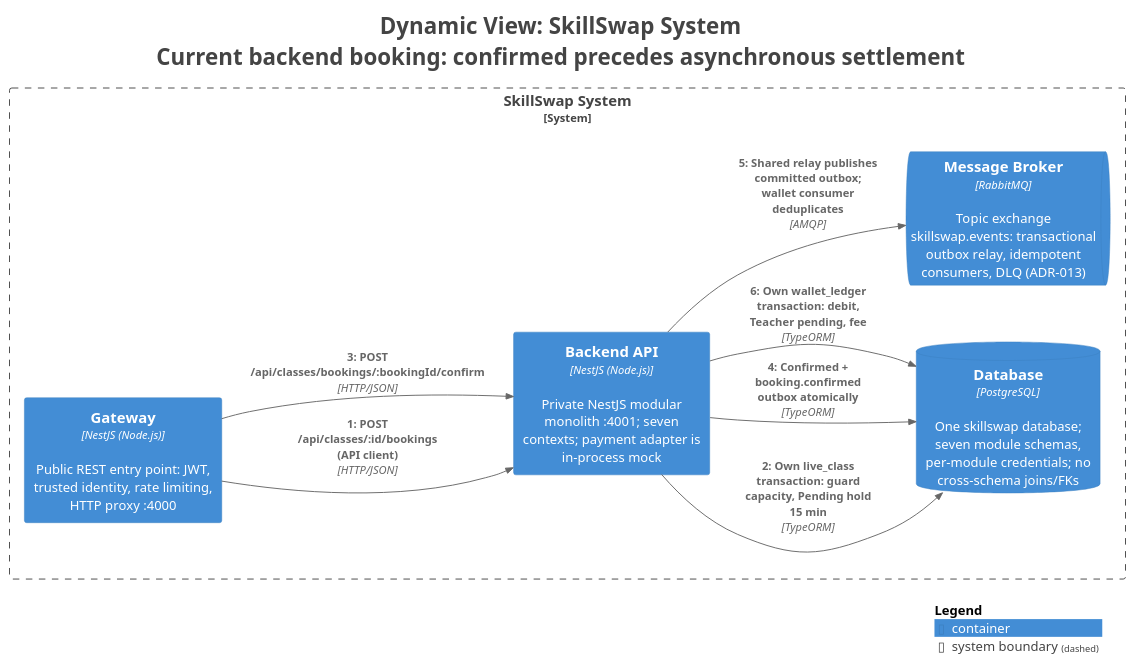
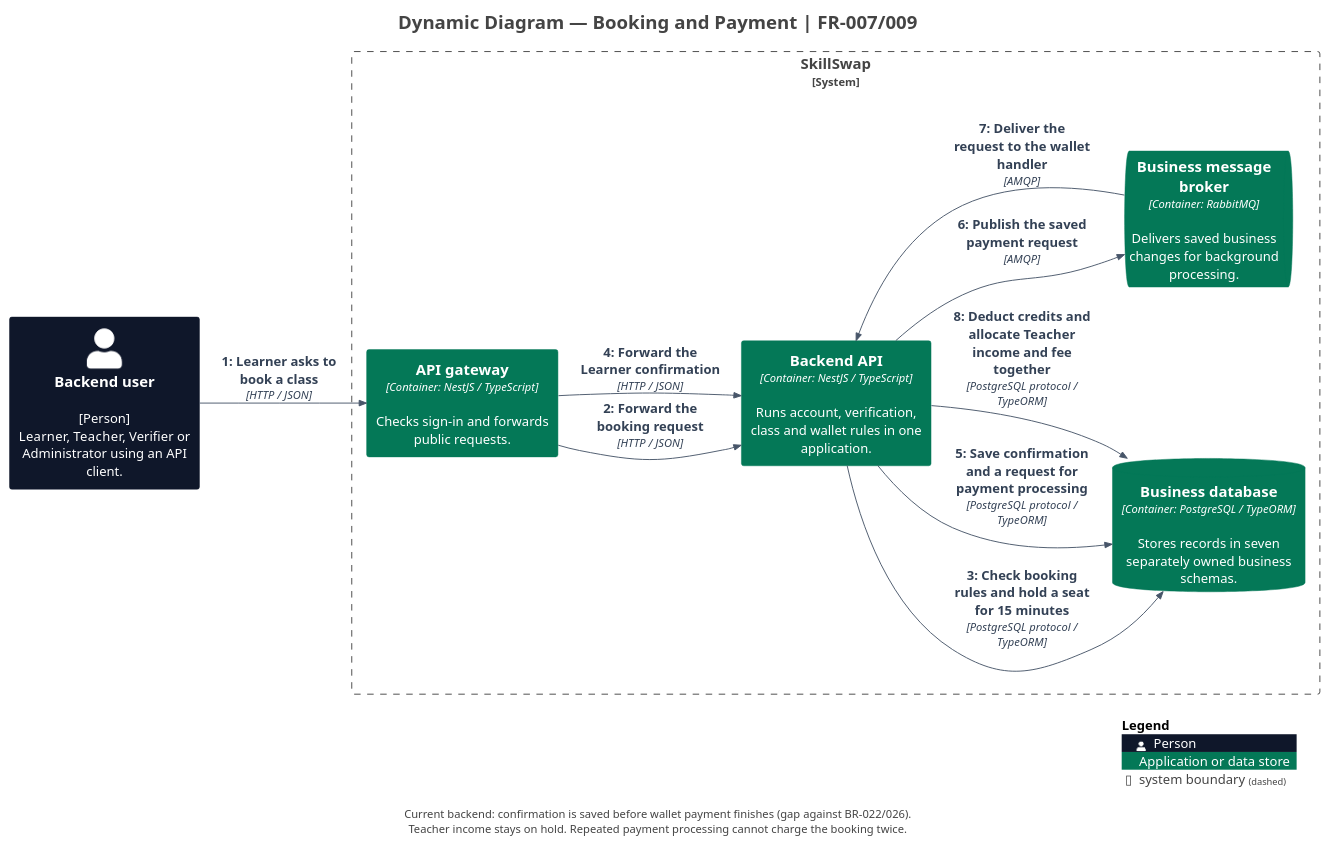
The diagram in docs/diagrams/c4/source/structurizr-BookingFlow.puml (trankien022/SkillSwap), drawn with PlantUML before and after one commit. The commit also changed 62 other files, not shown here.

First line of the commit message:
docs(diagrams): refresh diagrams against current code

```diff
--- a/docs/diagrams/c4/source/structurizr-BookingFlow.puml
+++ b/docs/diagrams/c4/source/structurizr-BookingFlow.puml
@@ -1,34 +1,53 @@
 @startuml
-title <size:24>Dynamic View: SkillSwap System</size>\n<size:24>Current backend booking: confirmed precedes asynchronous settlement</size>
+title Dynamic Diagram — Booking and Payment | FR-007/009
 
 set separator none
 left to right direction
 
 <style>
   root {
     BackgroundColor: #ffffff
     FontColor: #444444
   }
 </style>
 
 !include <C4/C4>
 !include <C4/C4_Context>
 !include <C4/C4_Container>
 
-System_Boundary("SkillSwapSystem_boundary", "SkillSwap System", $tags="") {
-  ContainerDb(SkillSwapSystem.Database, "Database", $techn="PostgreSQL", $descr="One skillswap database; seven module schemas, per-module credentials; no cross-schema joins/FKs", $tags="", $link="")
-  ContainerQueue(SkillSwapSystem.MessageBroker, "Message Broker", $techn="RabbitMQ", $descr="Topic exchange skillswap.events: transactional outbox relay, idempotent consumers, DLQ (ADR-013)", $tags="", $link="")
-  Container(SkillSwapSystem.Gateway, "Gateway", $techn="NestJS (Node.js)", $descr="Public REST entry point: JWT, trusted identity, rate limiting, HTTP proxy :4000", $tags="", $link="")
-  Container(SkillSwapSystem.BackendAPI, "Backend API", $techn="NestJS (Node.js)", $descr="Private NestJS modular monolith :4001; seven contexts; payment adapter is in-process mock", $tags="", $link="")
+' Presentation only: model elements and relationships come from workspace.dsl.
+skinparam defaultFontName Arial
+skinparam defaultFontSize 14
+skinparam shadowing false
+skinparam nodesep 35
+skinparam ranksep 45
+skinparam footerFontSize 12
+skinparam titleFontSize 20
+UpdateElementStyle("person", $bgColor="#0F172A", $fontColor="#FFFFFF", $borderColor="#0F172A", $legendText="Person")
+UpdateElementStyle("system", $bgColor="#047857", $fontColor="#FFFFFF", $borderColor="#047857", $legendText="Software system in scope")
+UpdateElementStyle("external_system", $bgColor="#64748B", $fontColor="#FFFFFF", $borderColor="#64748B", $legendText="Supporting software system")
+UpdateElementStyle("container", $bgColor="#047857", $fontColor="#FFFFFF", $borderColor="#047857", $legendText="Application or data store")
+UpdateRelStyle($lineColor="#475569", $textColor="#334155")
+AddElementTag("Demo", $bgColor="#F1F5F9", $fontColor="#0F172A", $borderColor="#64748B", $legendText="Demonstration client (local booking data)")
+
+System_Boundary("SkillSwap_boundary", "SkillSwap", $tags="") {
+  Container(SkillSwap.APIgateway, "API gateway", $techn="Container: NestJS / TypeScript", $descr="Checks sign-in and forwards public requests.", $tags="", $link="")
+  Container(SkillSwap.BackendAPI, "Backend API", $techn="Container: NestJS / TypeScript", $descr="Runs account, verification, class and wallet rules in one application.", $tags="", $link="")
+  ContainerDb(SkillSwap.Businessdatabase, "Business database", $techn="Container: PostgreSQL / TypeORM", $descr="Stores records in seven separately owned business schemas.", $tags="", $link="")
+  ContainerQueue(SkillSwap.Businessmessagebroker, "Business message broker", $techn="Container: RabbitMQ", $descr="Delivers saved business changes for background processing.", $tags="", $link="")
 }
 
-Rel(SkillSwapSystem.Gateway, SkillSwapSystem.BackendAPI, "1: POST /api/classes/:id/bookings (API client)", $techn="HTTP/JSON", $tags="", $link="")
-Rel(SkillSwapSystem.BackendAPI, SkillSwapSystem.Database, "2: Own live_class transaction: guard capacity, Pending hold 15 min", $techn="TypeORM", $tags="", $link="")
-Rel(SkillSwapSystem.Gateway, SkillSwapSystem.BackendAPI, "3: POST /api/classes/bookings/:bookingId/confirm", $techn="HTTP/JSON", $tags="", $link="")
-Rel(SkillSwapSystem.BackendAPI, SkillSwapSystem.Database, "4: Confirmed + booking.confirmed outbox atomically", $techn="TypeORM", $tags="", $link="")
-Rel(SkillSwapSystem.BackendAPI, SkillSwapSystem.MessageBroker, "5: Shared relay publishes committed outbox; wallet consumer deduplicates", $techn="AMQP", $tags="", $link="")
-Rel(SkillSwapSystem.BackendAPI, SkillSwapSystem.Database, "6: Own wallet_ledger transaction: debit, Teacher pending, fee", $techn="TypeORM", $tags="", $link="")
+Person(Backenduser, "Backend user", $descr="[Person]\nLearner, Teacher, Verifier or Administrator using an API client.", $tags="", $link="")
 
-SHOW_LEGEND(true)
-hide stereotypes
+Rel(Backenduser, SkillSwap.APIgateway, "1: Learner asks to book a class", $techn="HTTP / JSON", $tags="", $link="")
+Rel(SkillSwap.APIgateway, SkillSwap.BackendAPI, "2: Forward the booking request", $techn="HTTP / JSON", $tags="", $link="")
+Rel(SkillSwap.BackendAPI, SkillSwap.Businessdatabase, "3: Check booking rules and hold a seat for 15 minutes", $techn="PostgreSQL protocol / TypeORM", $tags="", $link="")
+Rel(SkillSwap.APIgateway, SkillSwap.BackendAPI, "4: Forward the Learner confirmation", $techn="HTTP / JSON", $tags="", $link="")
+Rel(SkillSwap.BackendAPI, SkillSwap.Businessdatabase, "5: Save confirmation and a request for payment processing", $techn="PostgreSQL protocol / TypeORM", $tags="", $link="")
+Rel(SkillSwap.BackendAPI, SkillSwap.Businessmessagebroker, "6: Publish the saved payment request", $techn="AMQP", $tags="", $link="")
+Rel(SkillSwap.Businessmessagebroker, SkillSwap.BackendAPI, "7: Deliver the request to the wallet handler", $techn="AMQP", $tags="", $link="")
+Rel(SkillSwap.BackendAPI, SkillSwap.Businessdatabase, "8: Deduct credits and allocate Teacher income and fee together", $techn="PostgreSQL protocol / TypeORM", $tags="", $link="")
+
+SHOW_LEGEND()
+footer Current backend: confirmation is saved before wallet payment finishes (gap against BR-022/026).\nTeacher income stays on hold. Repeated payment processing cannot charge the booking twice.
 @enduml
```
